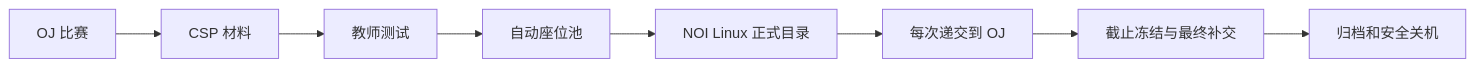
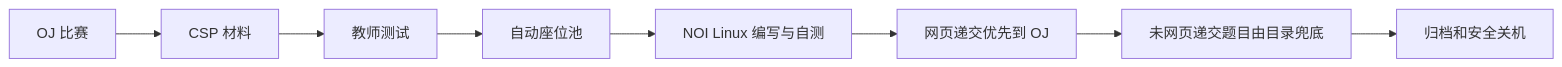
One commit to chasemoonn/noi-linux-contest-system-public changed the diagram in README.md. Above: the diagram before and after it, drawn with Mermaid. The commit also changed other lines of this file and 29 other files, not shown here.

````diff
--- a/README.md
+++ b/README.md
@@ -25,10 +25,10 @@
 ```mermaid
 flowchart LR
     A["OJ 比赛"] --> B["CSP 材料"]
     B --> C["教师测试"]
     C --> D["自动座位池"]
-    D --> E["NOI Linux 正式目录"]
-    E --> F["每次递交到 OJ"]
-    F --> G["截止冻结与最终补交"]
+    D --> E["NOI Linux 编写与自测"]
+    E --> F["网页递交优先到 OJ"]
+    F --> G["未网页递交题目由目录兜底"]
     G --> H["归档和安全关机"]
 ```
````
